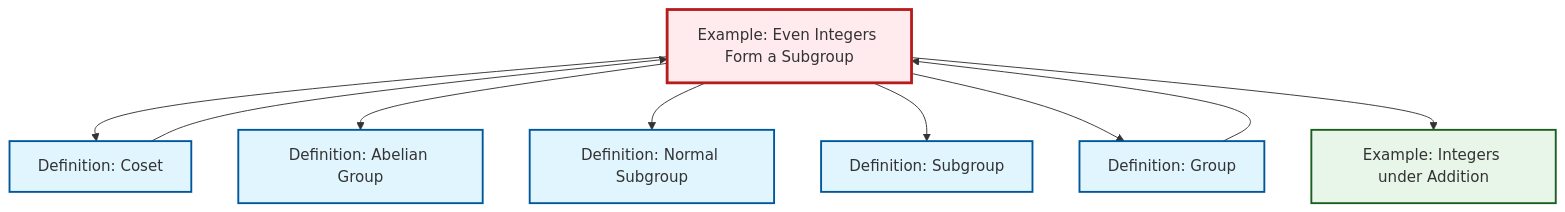
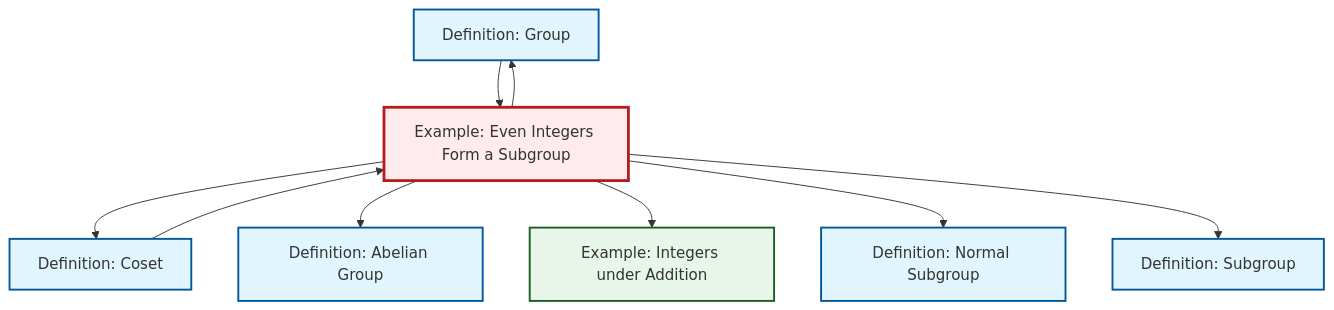
The diagram in content/en/algebra/ex-even-integers-subgroup.qmd (RK0429/ModernMath), drawn with Mermaid before and after one commit. The commit also changed other lines of this file and 619 other files, not shown here.

````diff
--- a/content/en/algebra/ex-even-integers-subgroup.qmd
+++ b/content/en/algebra/ex-even-integers-subgroup.qmd
@@ -51,31 +51,31 @@
 ```{mermaid}
 %%| fig-cap: "Local dependency graph"
 graph TD
     classDef definition fill:#e1f5fe,stroke:#01579b,stroke-width:2px
     classDef theorem fill:#f3e5f5,stroke:#4a148c,stroke-width:2px
     classDef axiom fill:#fff3e0,stroke:#e65100,stroke-width:2px
     classDef example fill:#e8f5e9,stroke:#1b5e20,stroke-width:2px
     classDef current fill:#ffebee,stroke:#b71c1c,stroke-width:3px
-    ex-even-integers-subgroup["Example: Even Integers Form a Subgroup"]:::example
-    ex-integers-addition["Example: Integers under Addition"]:::example
-    def-coset["Definition: Coset"]:::definition
     def-normal-subgroup["Definition: Normal Subgroup"]:::definition
     def-abelian-group["Definition: Abelian Group"]:::definition
+    ex-integers-addition["Example: Integers under Addition"]:::example
+    def-group["Definition: Group"]:::definition
     def-subgroup["Definition: Subgroup"]:::definition
-    def-group["Definition: Group"]:::definition
+    def-coset["Definition: Coset"]:::definition
+    ex-even-integers-subgroup["Example: Even Integers Form a Subgroup"]:::example
     def-coset --> ex-even-integers-subgroup
     def-group --> ex-even-integers-subgroup
     ex-even-integers-subgroup --> def-coset
+    ex-even-integers-subgroup --> def-group
     ex-even-integers-subgroup --> def-abelian-group
+    ex-even-integers-subgroup --> ex-integers-addition
     ex-even-integers-subgroup --> def-normal-subgroup
     ex-even-integers-subgroup --> def-subgroup
-    ex-even-integers-subgroup --> def-group
-    ex-even-integers-subgroup --> ex-integers-addition
     class ex-even-integers-subgroup current
-    click ex-integers-addition "ex-integers-addition.html" "Go to Integers under Addition example"
-    click def-coset "def-coset.html" "Go to Coset definition"
     click def-normal-subgroup "def-normal-subgroup.html" "Go to Normal Subgroup definition"
     click def-abelian-group "def-abelian-group.html" "Go to Abelian Group definition"
+    click ex-integers-addition "ex-integers-addition.html" "Go to Integers under Addition example"
+    click def-group "def-group.html" "Go to Group definition"
     click def-subgroup "def-subgroup.html" "Go to Subgroup definition"
-    click def-group "def-group.html" "Go to Group definition"
+    click def-coset "def-coset.html" "Go to Coset definition"
 ```
````
